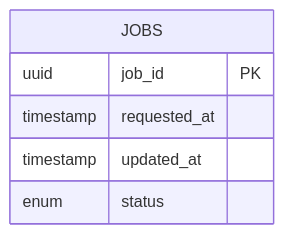
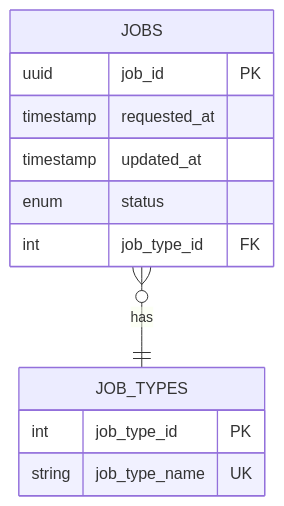
The diagram in docs/erd.md (Egzavyer/spool), drawn with Mermaid before and after one commit. The commit also changed 7 other files, not shown here.

Commit message:
feat: update database schema

````diff
--- a/docs/erd.md
+++ b/docs/erd.md
@@ -1,9 +1,18 @@
 ```mermaid
 erDiagram
     JOBS {
         uuid job_id PK
         timestamp requested_at
         timestamp updated_at
         enum status
+        int job_type_id FK
     }
+
+    JOB_TYPES {
+        int job_type_id PK
+        string job_type_name UK
+    }
+
+
+    JOBS }o--|| JOB_TYPES : has
 ```
````
